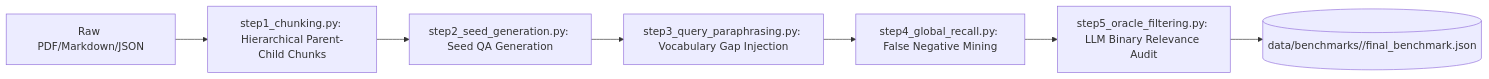
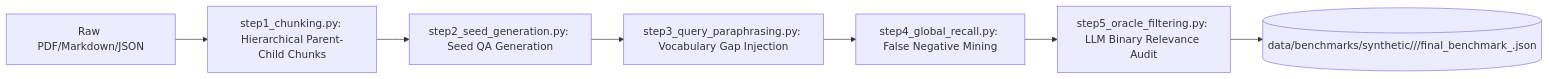
One commit to spchjken/Edge-RAG changed the second of 3 diagrams in docs/DATASET_PREP.md. Above: the diagram before and after it, drawn with Mermaid. The commit also changed other lines of this file, not shown here.

````diff
--- a/docs/DATASET_PREP.md
+++ b/docs/DATASET_PREP.md
@@ -555,9 +600,9 @@
 ```mermaid
 flowchart LR
     RAW[Raw PDF/Markdown/JSON] --> S1[step1_chunking.py: Hierarchical Parent-Child Chunks]
     S1 --> S2[step2_seed_generation.py: Seed QA Generation]
     S2 --> S3[step3_query_paraphrasing.py: Vocabulary Gap Injection]
     S3 --> S4[step4_global_recall.py: False Negative Mining]
     S4 --> S5[step5_oracle_filtering.py: LLM Binary Relevance Audit]
-    S5 --> BENCH[(data/benchmarks/<name>/final_benchmark.json)]
+    S5 --> BENCH[(data/benchmarks/synthetic/<domain>/<tier>/final_benchmark_<tier>.json)]
 ```
````
